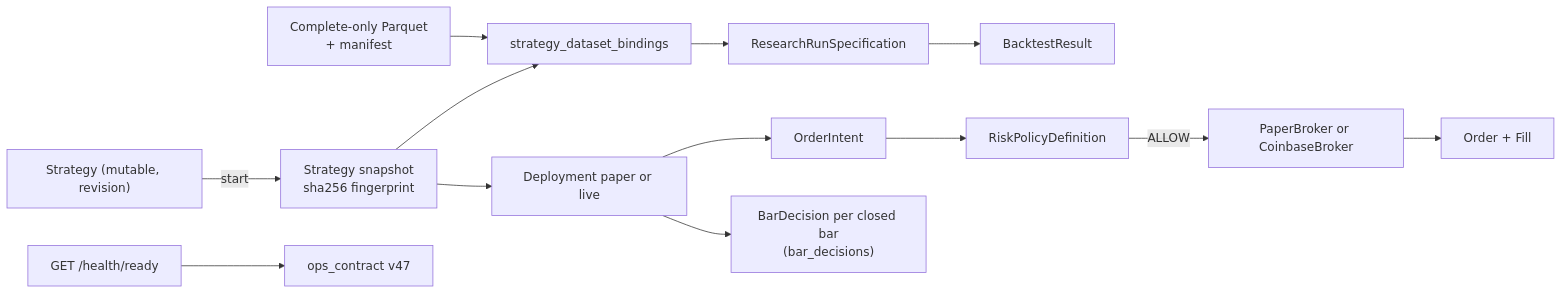
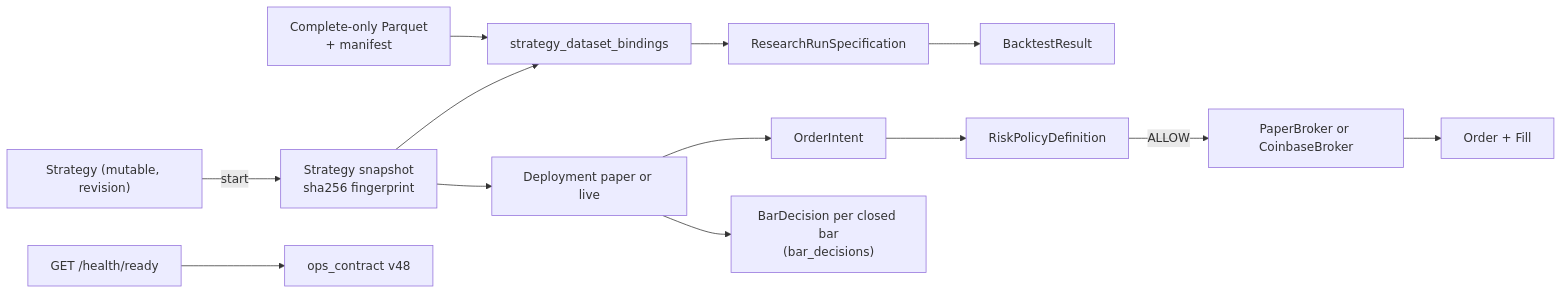
The diagram in docs/architecture/contracts/README.md (Zoltesh/thytrader), drawn with Mermaid before and after one commit. The commit also changed 82 other files, not shown here.

````diff
--- a/docs/architecture/contracts/README.md
+++ b/docs/architecture/contracts/README.md
@@ -20,15 +20,15 @@
 ```mermaid
 flowchart LR
   Draft["Strategy (mutable, revision)"] -->|start| Published["Strategy snapshot\nsha256 fingerprint"]
   Dataset["Complete-only Parquet\n+ manifest"] --> Binding["strategy_dataset_bindings"]
   Published --> Binding
   Binding --> RunSpec["ResearchRunSpecification"]
   RunSpec --> Result["BacktestResult"]
   Published --> Deploy["Deployment paper or live"]
   Deploy --> Intent["OrderIntent"]
   Intent --> Risk["RiskPolicyDefinition"]
   Risk -->|ALLOW| Broker["PaperBroker or CoinbaseBroker"]
   Broker --> Order["Order + Fill"]
   Deploy --> Decision["BarDecision per closed bar\n(bar_decisions)"]
-  Health["GET /health/ready"] --> Ops["ops_contract v47"]
+  Health["GET /health/ready"] --> Ops["ops_contract v48"]
 ```
````
